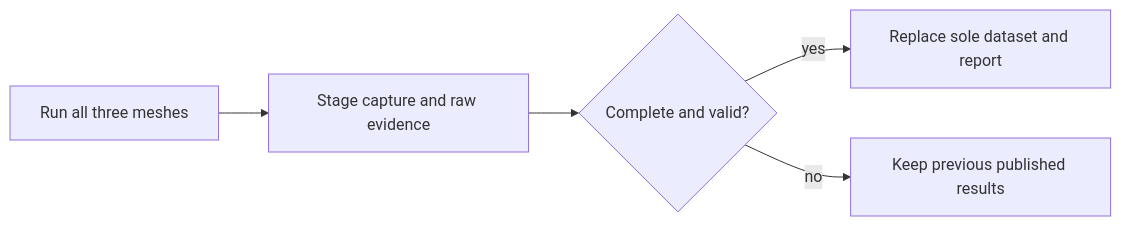
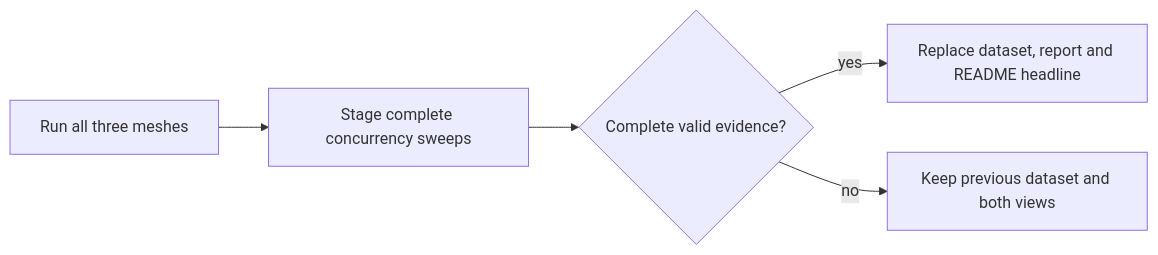
The diagram in bench/README.md (alexandernicholson/interlink), drawn with Mermaid before and after one commit. The commit also changed other lines of this file and 164 other files, not shown here.

````diff
--- a/bench/README.md
+++ b/bench/README.md
@@ -7,7 +8,7 @@
 ```mermaid
 flowchart LR
-    Run[Run all three meshes] --> Capture[Stage capture and raw evidence]
-    Capture --> Validate{Complete and valid?}
-    Validate -- yes --> Publish[Replace sole dataset and report]
-    Validate -- no --> Keep[Keep previous published results]
+    Run[Run all three meshes] --> Capture[Stage complete concurrency sweeps]
+    Capture --> Validate{Complete valid evidence?}
+    Validate -- yes --> Publish[Replace dataset, report and README headline]
+    Validate -- no --> Keep[Keep previous dataset and both views]
 ```
````
